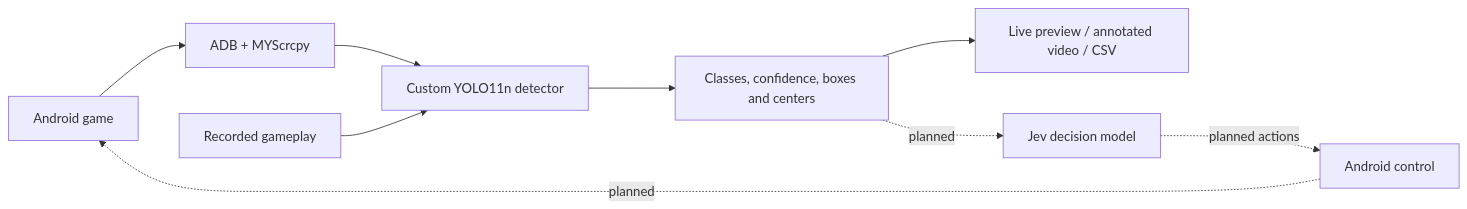
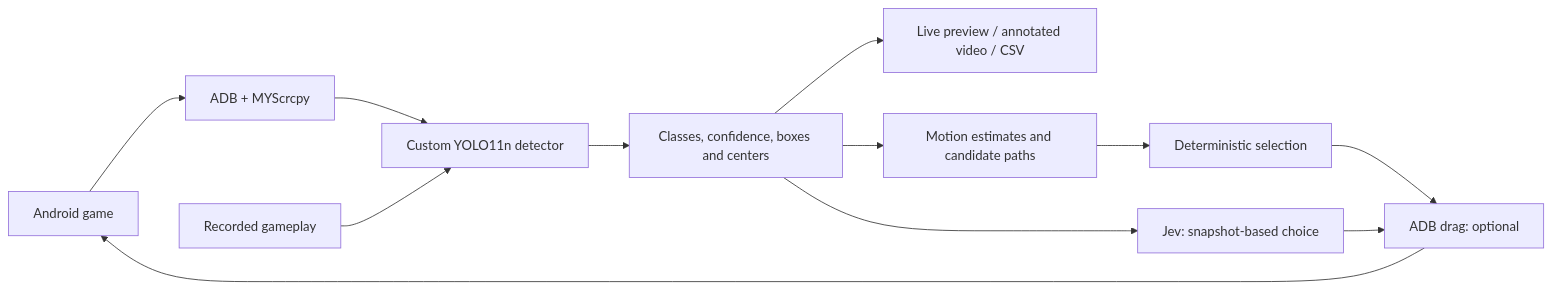
The diagram in README.md (Programalyst/realtime-vision-decision-agent), drawn with Mermaid before and after one commit. The commit also changed other lines of this file and 13 other files, not shown here.

First line of the commit message:
Add deterministic gameplay controller and Jev integration

````diff
--- a/README.md
+++ b/README.md
@@ -14,11 +22,14 @@
 ```mermaid
 flowchart LR
     Phone[Android game] --> Capture[ADB + MYScrcpy]
     Capture --> YOLO[Custom YOLO11n detector]
     Video[Recorded gameplay] --> YOLO
     YOLO --> Objects[Classes, confidence, boxes and centers]
     Objects --> Preview[Live preview / annotated video / CSV]
-    Objects -. planned .-> Jev[Jev decision model]
-    Jev -. planned actions .-> Control[Android control]
-    Control -. planned .-> Phone
+    Objects --> Planner[Motion estimates and candidate paths]
+    Planner --> Rules[Deterministic selection]
+    Rules --> Control
+    Objects --> Jev[Jev: snapshot-based choice]
+    Jev --> Control[ADB drag: optional]
+    Control --> Phone
 ```
````
